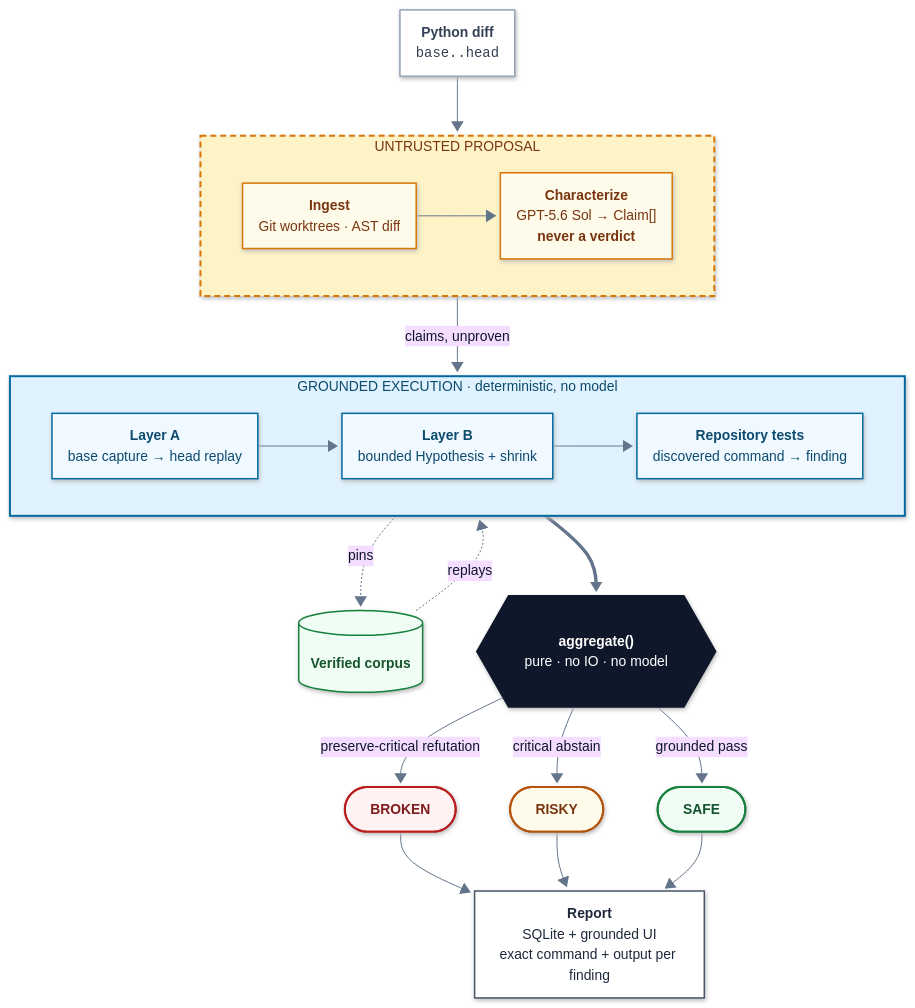
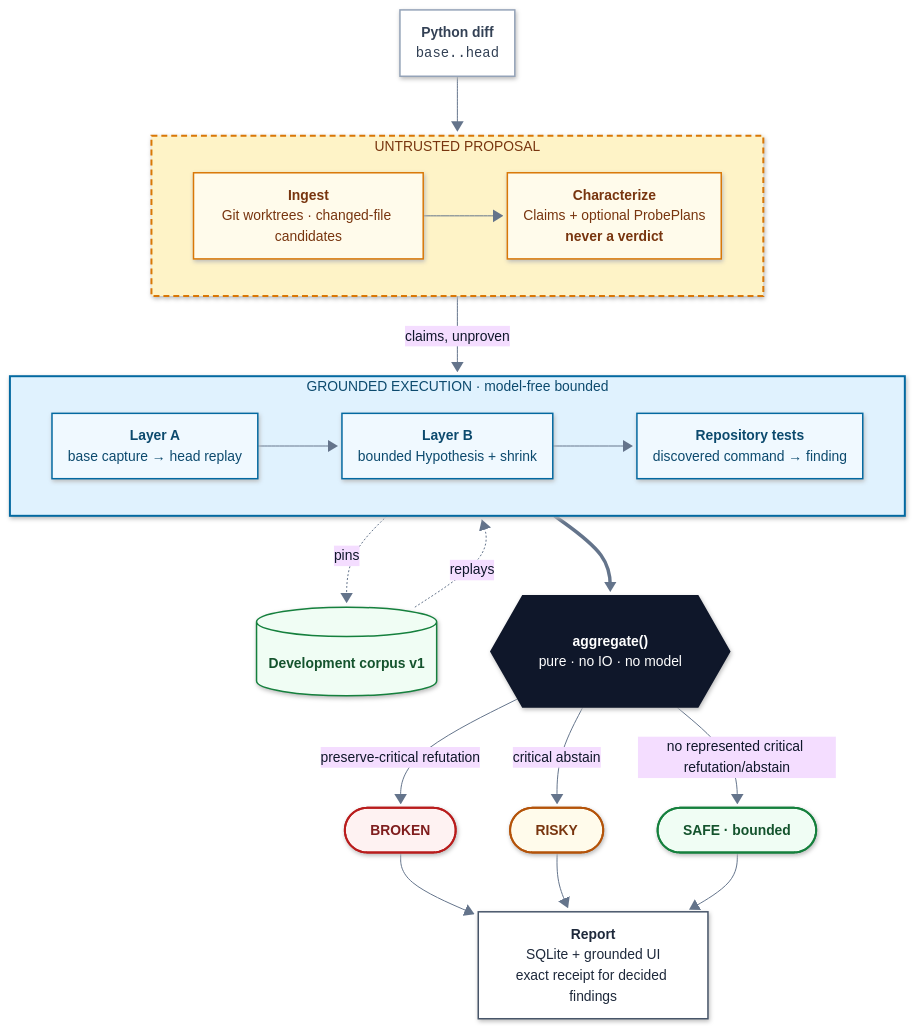
One commit to stefbuilds/cross-examine changed the diagram in README.md. Above: the diagram before and after it, drawn with Mermaid. The commit also changed other lines of this file and 13 other files, not shown here.

Commit message:
docs: align submission roadmap with repository reality

````diff
--- a/README.md
+++ b/README.md
@@ -68,68 +89,68 @@
 ```mermaid
 ---
 config:
   theme: base
   look: neo
   layout: dagre
   themeVariables:
     fontFamily: 'ui-sans-serif, -apple-system, Segoe UI, sans-serif'
     fontSize: 14px
     lineColor: '#64748b'
     primaryTextColor: '#0f172a'
   flowchart:
     curve: basis
     nodeSpacing: 55
     rankSpacing: 60
     padding: 18
     htmlLabels: true
 ---
 flowchart TB
   PR["<b>Python diff</b><br/><code>base..head</code>"]:::input
 
   subgraph U ["UNTRUSTED PROPOSAL"]
     direction LR
-    I["<b>Ingest</b><br/>Git worktrees · AST diff"]:::untrusted
-    C["<b>Characterize</b><br/>GPT-5.6 Sol → Claim[]<br/><b>never a verdict</b>"]:::untrusted
+    I["<b>Ingest</b><br/>Git worktrees · changed-file candidates"]:::untrusted
+    C["<b>Characterize</b><br/>Claims + optional ProbePlans<br/><b>never a verdict</b>"]:::untrusted
     I --> C
   end
 
-  subgraph EX ["GROUNDED EXECUTION · deterministic, no model"]
+  subgraph EX ["GROUNDED EXECUTION · model-free bounded"]
     direction LR
     LA["<b>Layer A</b><br/>base capture → head replay"]:::grounded
     LB["<b>Layer B</b><br/>bounded Hypothesis + shrink"]:::grounded
     RT["<b>Repository tests</b><br/>discovered command → finding"]:::grounded
     LA --> LB --> RT
   end
 
-  P[("<b>Verified corpus</b>")]:::corpus
+  P[("<b>Development corpus v1</b>")]:::corpus
   AG{{"<b>aggregate()</b><br/>pure · no IO · no model"}}:::pure
-  R["<b>Report</b><br/>SQLite + grounded UI<br/>exact command + output per finding"]:::report
+  R["<b>Report</b><br/>SQLite + grounded UI<br/>exact receipt for decided findings"]:::report
 
   PR --> I
   C -- "claims, unproven" --> LA
   RT ==> AG
 
   LA -. "pins" .-> P
   P -. "replays" .-> LA
 
   AG -- "preserve-critical refutation" --> BROKEN(["<b>BROKEN</b>"]):::broken
   AG -- "critical abstain" --> RISKY(["<b>RISKY</b>"]):::risky
-  AG -- "grounded pass" --> SAFE(["<b>SAFE</b>"]):::safe
+  AG -- "no represented critical refutation/abstain" --> SAFE(["<b>SAFE · bounded</b>"]):::safe
 
   BROKEN --> R
   RISKY --> R
   SAFE --> R
 
   classDef input fill:#ffffff,stroke:#94a3b8,stroke-width:1.5px,color:#334155
   classDef untrusted fill:#fffbeb,stroke:#d97706,stroke-width:1.5px,color:#78350f
   classDef grounded fill:#f0f9ff,stroke:#0369a1,stroke-width:1.5px,color:#0c4a6e
   classDef pure fill:#0f172a,stroke:#0f172a,stroke-width:2px,color:#ffffff
   classDef corpus fill:#f0fdf4,stroke:#15803d,stroke-width:1.5px,color:#14532d
   classDef report fill:#ffffff,stroke:#475569,stroke-width:1.5px,color:#1e293b
   classDef broken fill:#fef2f2,stroke:#b91c1c,stroke-width:2px,color:#7f1d1d
   classDef risky fill:#fffbeb,stroke:#b45309,stroke-width:2px,color:#78350f
   classDef safe fill:#f0fdf4,stroke:#15803d,stroke-width:2px,color:#14532d
 
   style U fill:#fef3c7,stroke:#d97706,stroke-width:2px,stroke-dasharray:6 4,color:#78350f
   style EX fill:#e0f2fe,stroke:#0369a1,stroke-width:2px,color:#0c4a6e
 ```
````
